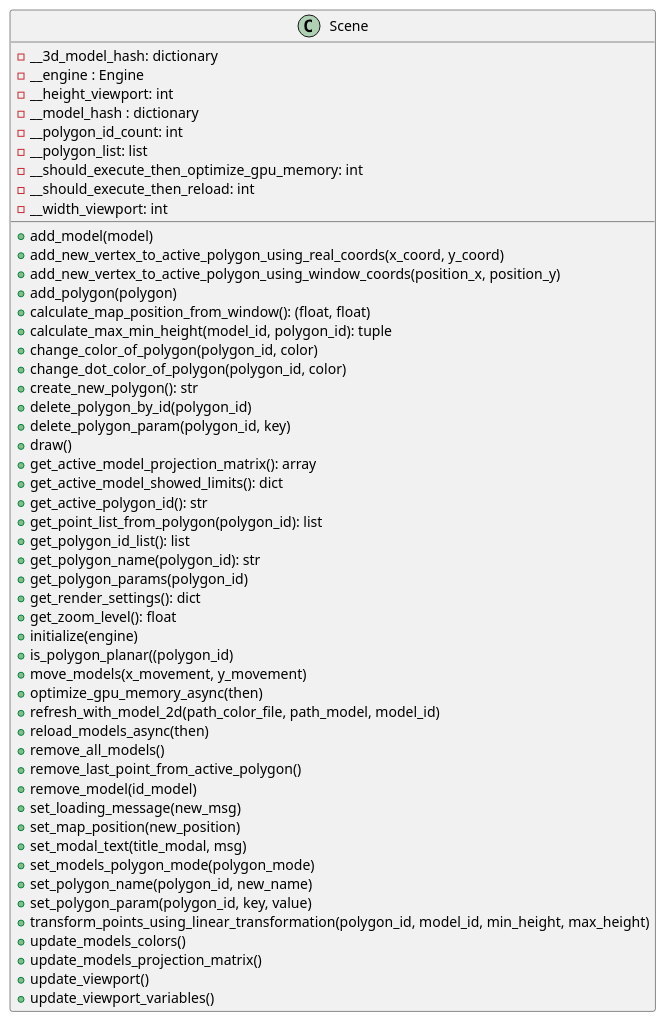
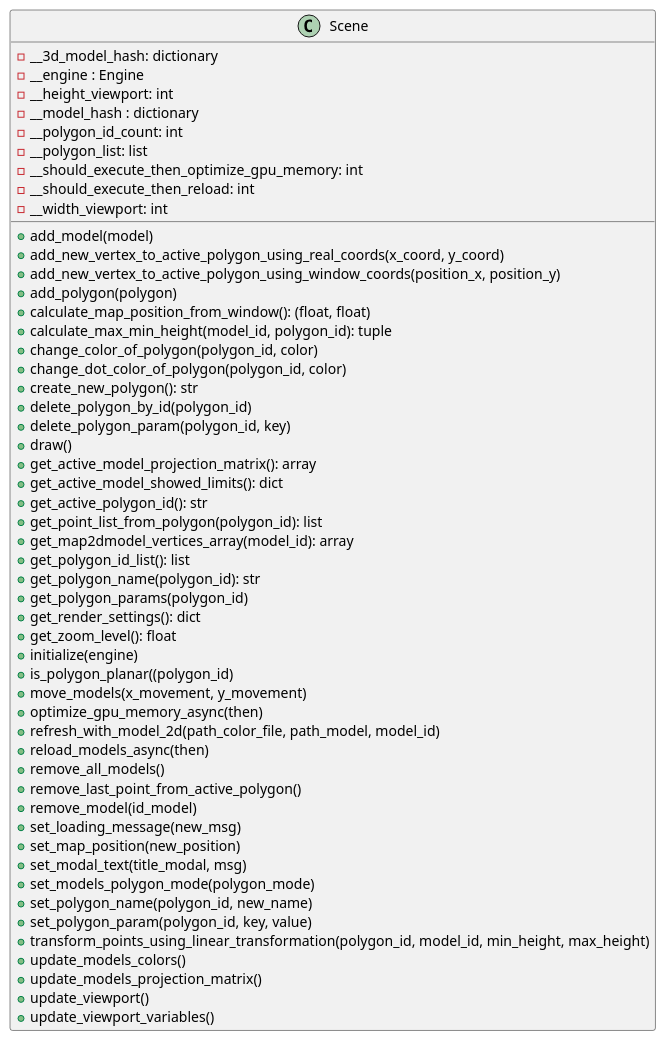
The diagram in docs/classes/Scene.puml (ferpoble2/Relief_Creator), drawn with PlantUML before and after one commit. The commit also changed 10 other files, not shown here.

```diff
--- a/docs/classes/Scene.puml
+++ b/docs/classes/Scene.puml
@@ -1,56 +1,57 @@
 @startuml
             class Scene{
                 + add_model(model)
                 + add_new_vertex_to_active_polygon_using_real_coords(x_coord, y_coord)
                 + add_new_vertex_to_active_polygon_using_window_coords(position_x, position_y)
                 + add_polygon(polygon)
                 + calculate_map_position_from_window(): (float, float)
                 + calculate_max_min_height(model_id, polygon_id): tuple
                 + change_color_of_polygon(polygon_id, color)
                 + change_dot_color_of_polygon(polygon_id, color)
                 + create_new_polygon(): str
                 + delete_polygon_by_id(polygon_id)
                 + delete_polygon_param(polygon_id, key)
                 + draw()
                 + get_active_model_projection_matrix(): array
                 + get_active_model_showed_limits(): dict
                 + get_active_polygon_id(): str
                 + get_point_list_from_polygon(polygon_id): list
+                + get_map2dmodel_vertices_array(model_id): array
                 + get_polygon_id_list(): list
                 + get_polygon_name(polygon_id): str
                 + get_polygon_params(polygon_id)
                 + get_render_settings(): dict
                 + get_zoom_level(): float
                 + initialize(engine)
                 + is_polygon_planar((polygon_id)
                 + move_models(x_movement, y_movement)
                 + optimize_gpu_memory_async(then)
                 + refresh_with_model_2d(path_color_file, path_model, model_id)
                 + reload_models_async(then)
                 + remove_all_models()
                 + remove_last_point_from_active_polygon()
                 + remove_model(id_model)
                 + set_loading_message(new_msg)
                 + set_map_position(new_position)
                 + set_modal_text(title_modal, msg)
                 + set_models_polygon_mode(polygon_mode)
                 + set_polygon_name(polygon_id, new_name)
                 + set_polygon_param(polygon_id, key, value)
                 + transform_points_using_linear_transformation(polygon_id, model_id, min_height, max_height)
                 + update_models_colors()
                 + update_models_projection_matrix()
                 + update_viewport()
                 + update_viewport_variables()
 
                 - __3d_model_hash: dictionary
                 - __engine : Engine
                 - __height_viewport: int
                 - __model_hash : dictionary
                 - __polygon_id_count: int
                 - __polygon_list: list
                 - __should_execute_then_optimize_gpu_memory: int
                 - __should_execute_then_reload: int
                 - __width_viewport: int
             }
 
 @enduml
```
